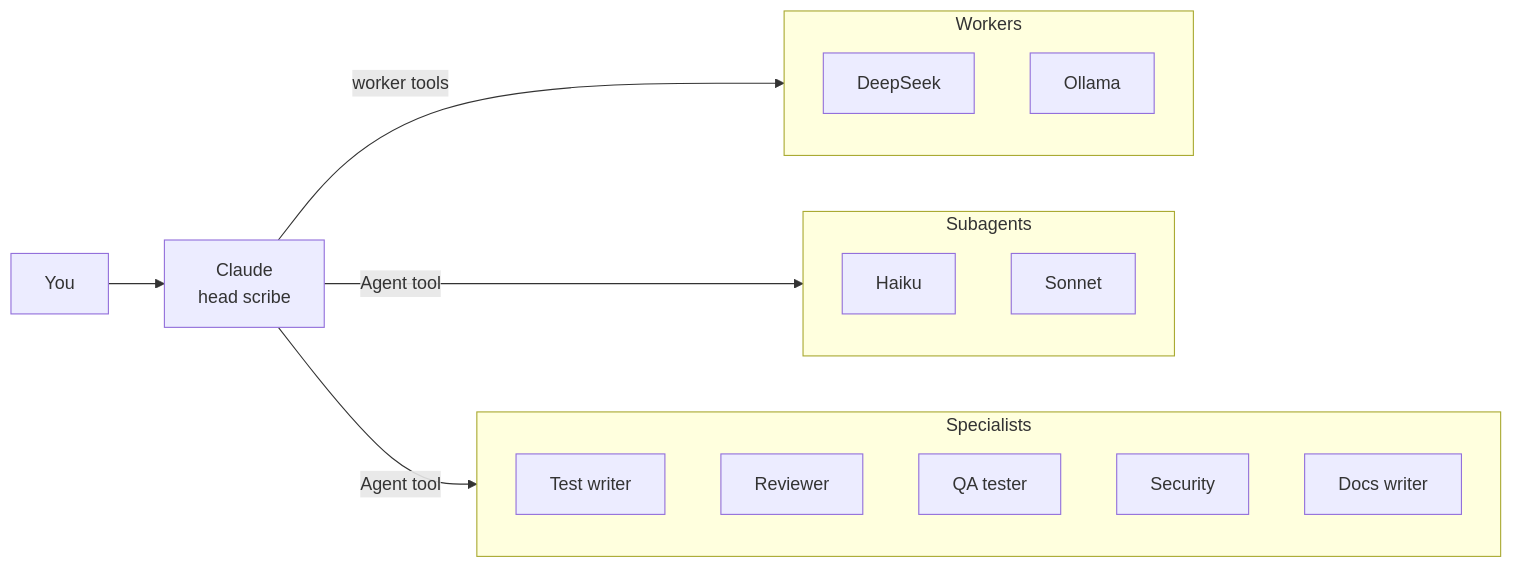
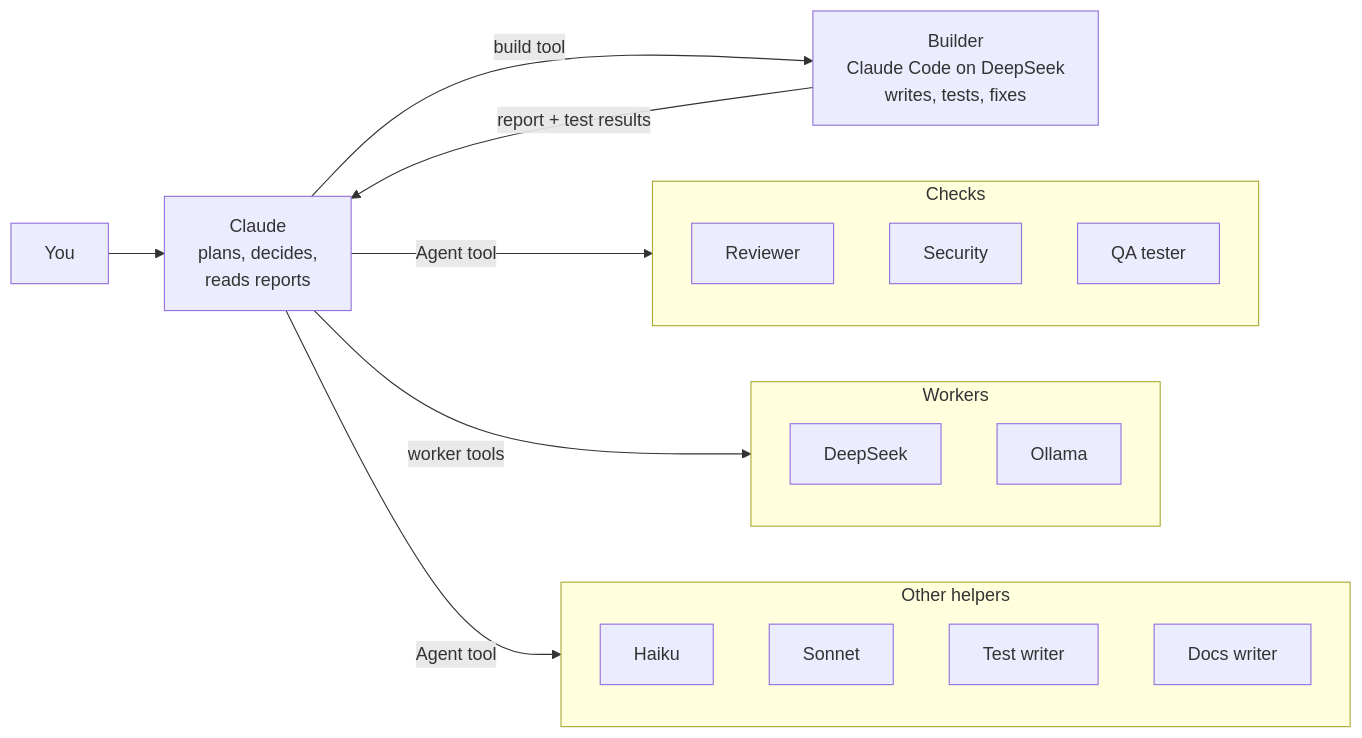
One commit to AkbulutMirac/scriptorium changed the first of 2 diagrams in README.md. Above: the diagram before and after it, drawn with Mermaid. The commit also changed other lines of this file and 55 other files, not shown here.

First line of the commit message:
Add the DeepSeek builder and a hidden-test benchmark

````diff
--- a/README.md
+++ b/README.md
@@ -37,25 +37,27 @@
 ```mermaid
 flowchart LR
-  YOU["You"] --> CLAUDE["Claude<br/>head scribe"]
+  YOU["You"] --> CLAUDE["Claude<br/>plans, decides,<br/>reads reports"]
+  CLAUDE -- "build tool" --> BUILDER["Builder<br/>Claude Code on DeepSeek<br/>writes, tests, fixes"]
+  BUILDER -- "report + test results" --> CLAUDE
+  CLAUDE -- "Agent tool" --> CHECKS
   CLAUDE -- "worker tools" --> WORKERS
-  CLAUDE -- "Agent tool" --> SUBAGENTS
-  CLAUDE -- "Agent tool" --> TEAM
+  CLAUDE -- "Agent tool" --> HELPERS
+
+  subgraph CHECKS["Checks"]
+    RV["Reviewer"]
+    SE["Security"]
+    QT["QA tester"]
+  end
 
   subgraph WORKERS["Workers"]
     DS["DeepSeek"]
     OL["Ollama"]
   end
 
-  subgraph SUBAGENTS["Subagents"]
+  subgraph HELPERS["Other helpers"]
     HA["Haiku"]
     SO["Sonnet"]
-  end
-
-  subgraph TEAM["Specialists"]
     TW["Test writer"]
-    RV["Reviewer"]
-    QT["QA tester"]
-    SE["Security"]
     DW["Docs writer"]
   end
 ```
````
